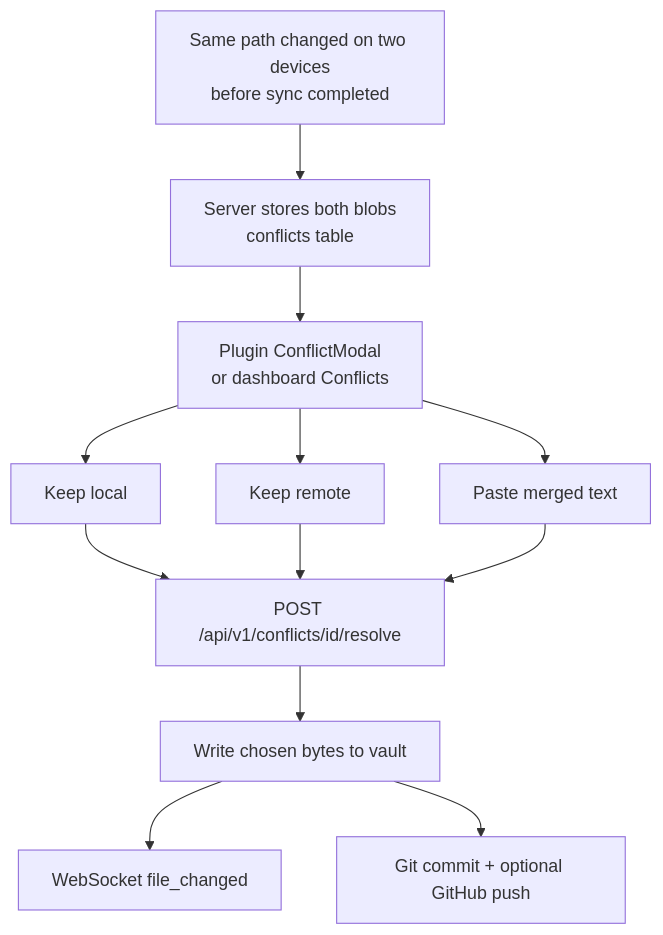
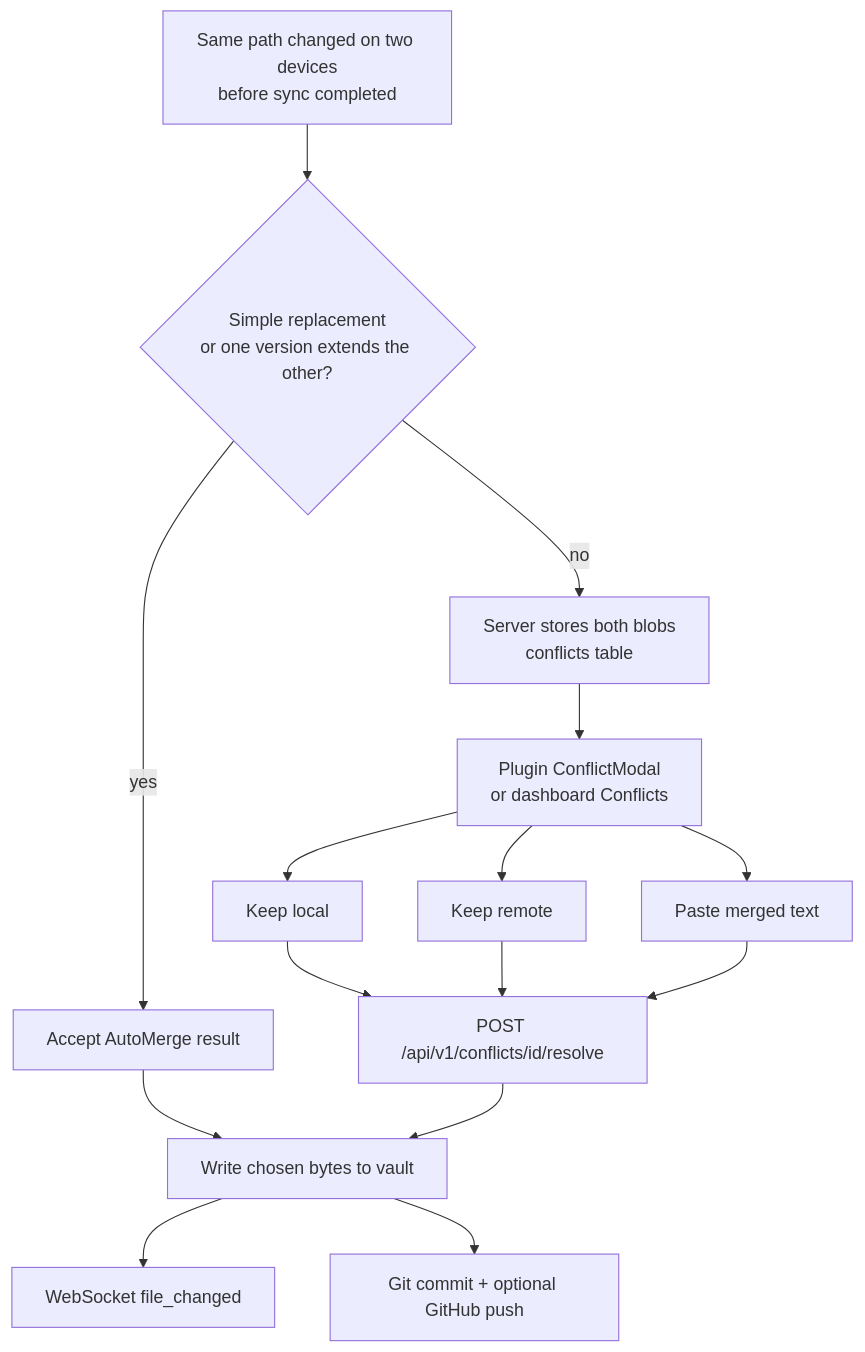
One commit to shangeethsivan/Syncidian changed the eighth of 13 diagrams in docs/architecture.md. Above: the diagram before and after it, drawn with Mermaid. The commit also changed other lines of this file and 11 other files, not shown here.

First line of the commit message:
Fix folder deletes and wait 3s after typing before sync

````diff
--- a/docs/architecture.md
+++ b/docs/architecture.md
@@ -260,14 +274,17 @@
 ```mermaid
 flowchart TD
-  Detect["Same path changed on two devices<br/>before sync completed"] --> StoreC["Server stores both blobs<br/>conflicts table"]
+  Detect["Same path changed on two devices<br/>before sync completed"] --> Simple{"Simple replacement<br/>or one version extends the other?"}
+  Simple -->|yes| Auto["Accept AutoMerge result"]
+  Simple -->|no| StoreC["Server stores both blobs<br/>conflicts table"]
   StoreC --> UI["Plugin ConflictModal<br/>or dashboard Conflicts"]
   UI --> KeepL["Keep local"]
   UI --> KeepR["Keep remote"]
   UI --> Merge["Paste merged text"]
   KeepL --> Resolve["POST /api/v1/conflicts/id/resolve"]
   KeepR --> Resolve
   Merge --> Resolve
-  Resolve --> Write["Write chosen bytes to vault"]
+  Auto --> Write["Write chosen bytes to vault"]
+  Resolve --> Write
   Write --> Broadcast["WebSocket file_changed"]
   Write --> Commit["Git commit + optional GitHub push"]
 ```
````
